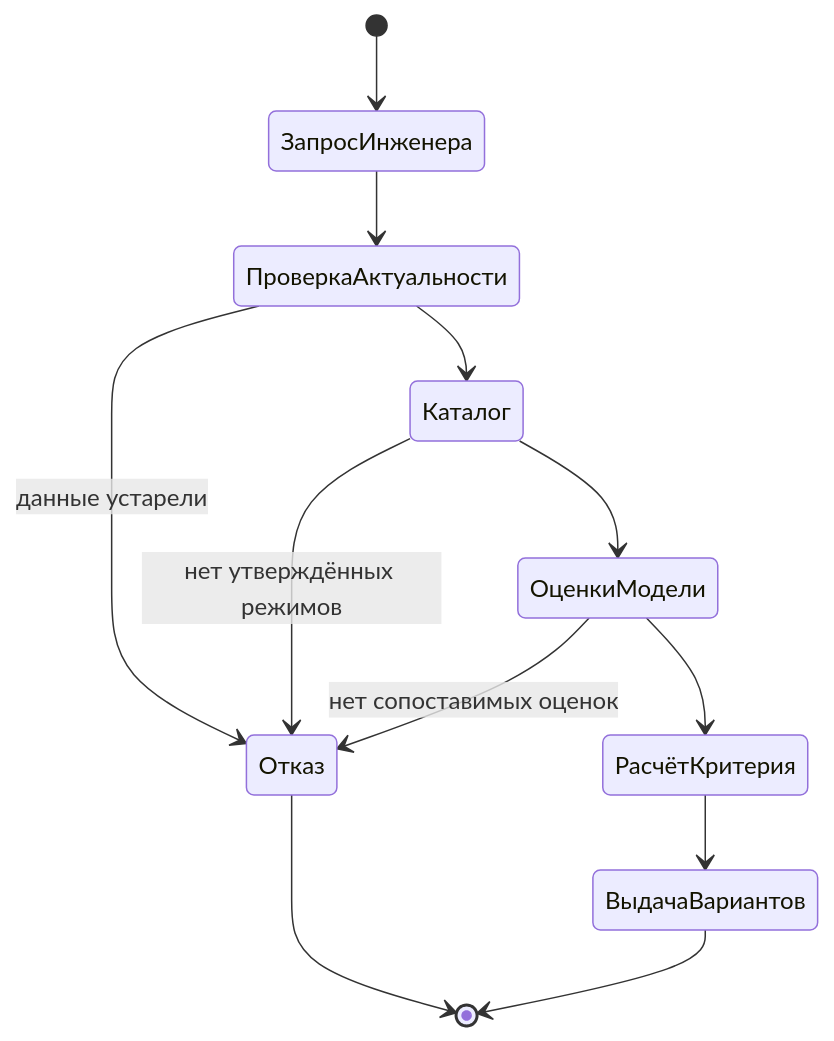
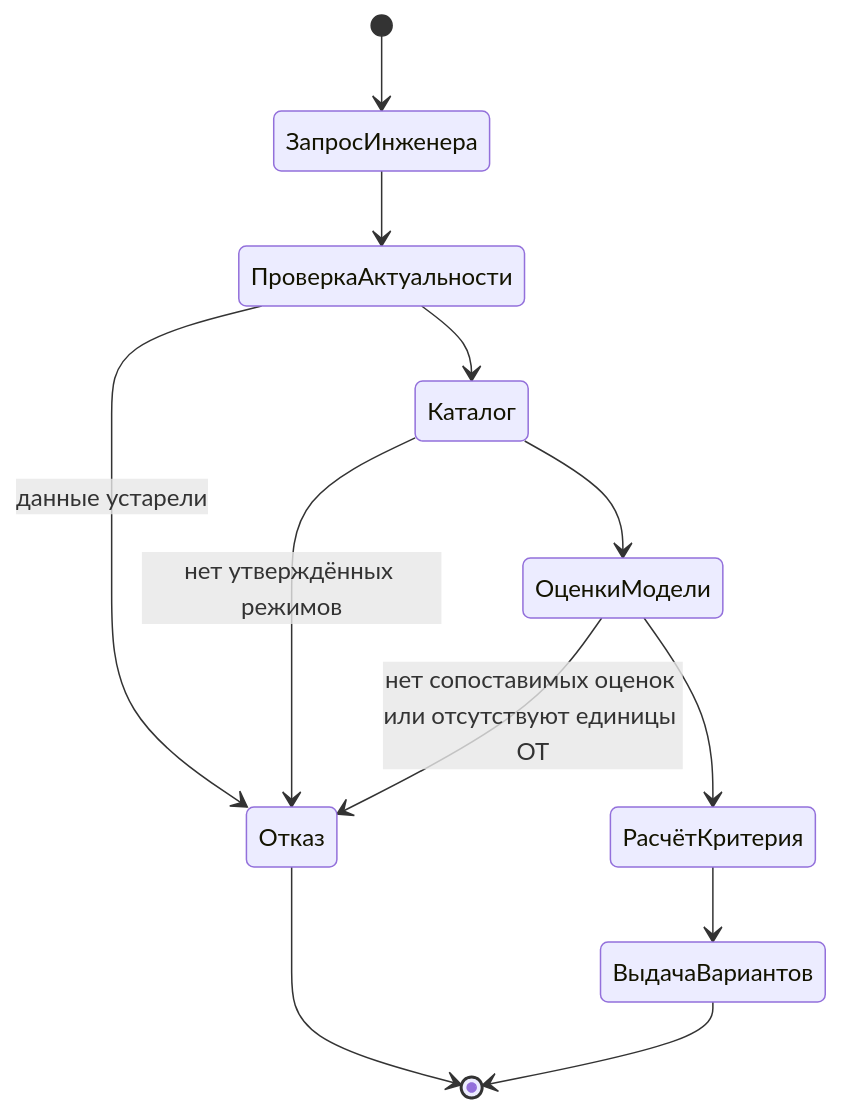
One commit to glamurplanet/USUDT changed the third of 7 diagrams in docs/ALGORITHMS.md. Above: the diagram before and after it, drawn with Mermaid. The commit also changed other lines of this file, not shown here.

````diff
--- a/docs/ALGORITHMS.md
+++ b/docs/ALGORITHMS.md
@@ -45,14 +46,14 @@
 ```mermaid
 stateDiagram-v2
     [*] --> ЗапросИнженера
     ЗапросИнженера --> ПроверкаАктуальности
     ПроверкаАктуальности --> Отказ: данные устарели
     ПроверкаАктуальности --> Каталог
     Каталог --> Отказ: нет утверждённых режимов
     Каталог --> ОценкиМодели
-    ОценкиМодели --> Отказ: нет сопоставимых оценок
+    ОценкиМодели --> Отказ: нет сопоставимых оценок или отсутствуют единицы ОТ
     ОценкиМодели --> РасчётКритерия
     РасчётКритерия --> ВыдачаВариантов
     ВыдачаВариантов --> [*]
     Отказ --> [*]
 ```
````
